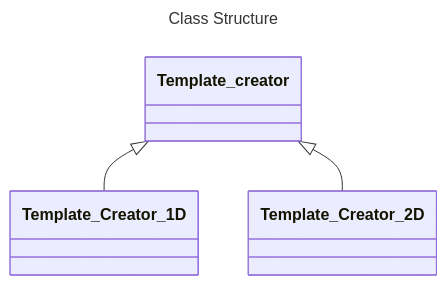
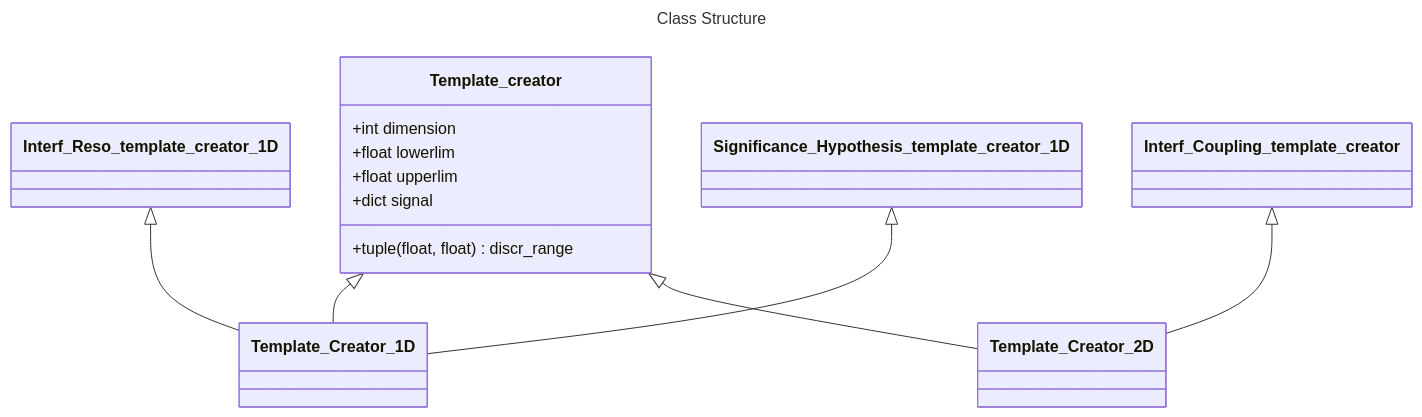
Before and after one commit to hexutils/Combine-Template-Creation: the diagram in README.md, drawn with Mermaid.

Commit message:
updated README with class diagram

````diff
--- a/README.md
+++ b/README.md
@@ -27,8 +27,18 @@
 ```mermaid
 ---
 title: Class Structure
 ---
 classDiagram
   Template_creator <|-- Template_Creator_1D
   Template_creator <|-- Template_Creator_2D
+  Interf_Coupling_template_creator <|-- Template_Creator_2D
+  Interf_Reso_template_creator_1D <|-- Template_Creator_1D
+  Significance_Hypothesis_template_creator_1D <|-- Template_Creator_1D
+  class Template_creator{
+    +int dimension
+    +float lowerlim
+    +float upperlim
+    +tuple(float, float) discr_range
+    +dict signal
+  }
 ```
````
